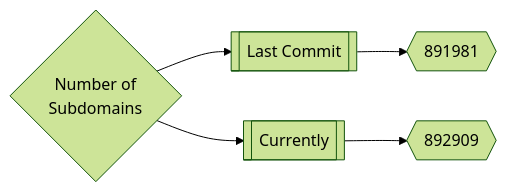
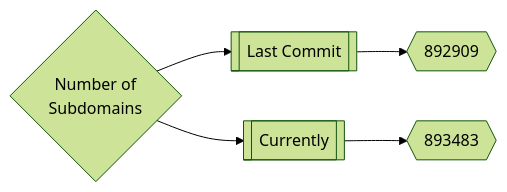
One commit to trickest/inventory changed the first of 3 diagrams in README.md. Above: the diagram before and after it, drawn with Mermaid (forest theme). The commit also changed other lines of this file, not shown here.

Commit message:
Update README.md Tue Jun 28 14:43:14 UTC 2022

````diff
--- a/README.md
+++ b/README.md
@@ -167,5 +167,5 @@
 ```mermaid
 graph LR
-title{Number of<br>Subdomains} --> subdomainsDate1[[Last Commit]] --> subdomainsNum1{{891981}}
-title --> subdomainsDate2[[Currently]] --> subdomainsNum2{{892909}}
+title{Number of<br>Subdomains} --> subdomainsDate1[[Last Commit]] --> subdomainsNum1{{892909}}
+title --> subdomainsDate2[[Currently]] --> subdomainsNum2{{893483}}
 ```
````
